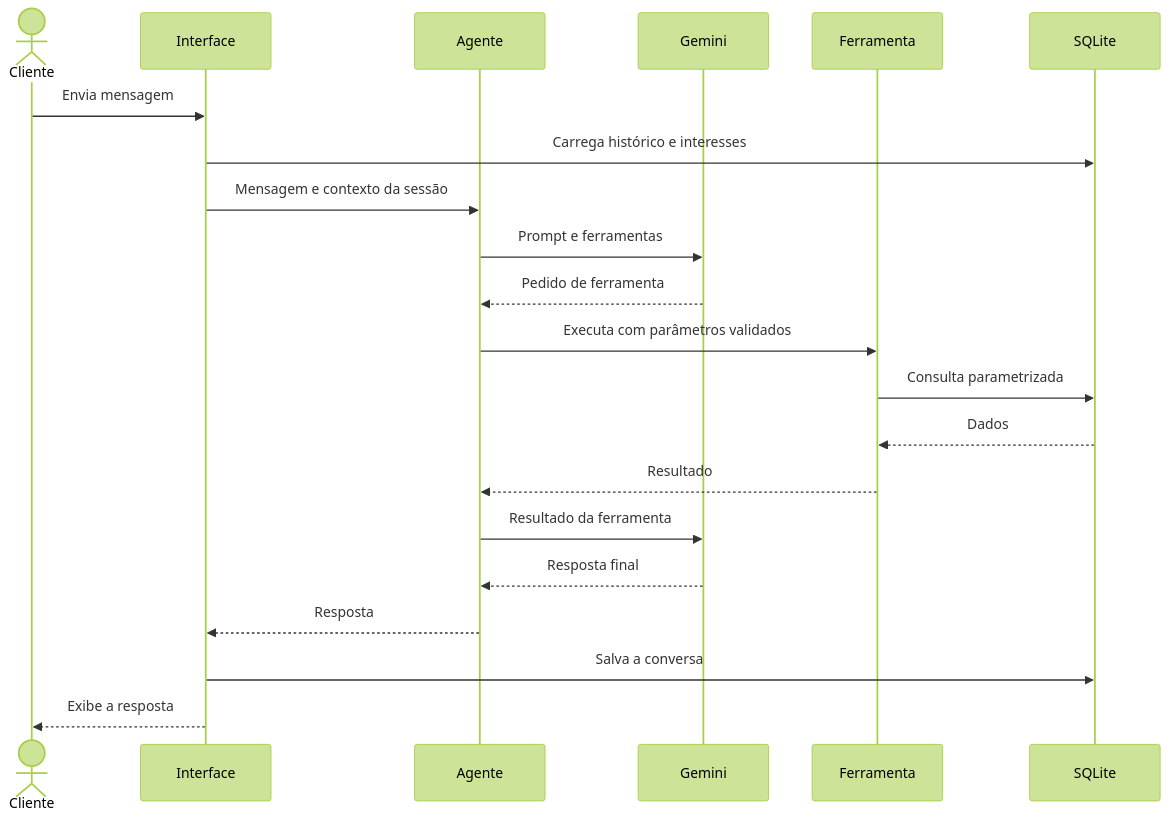
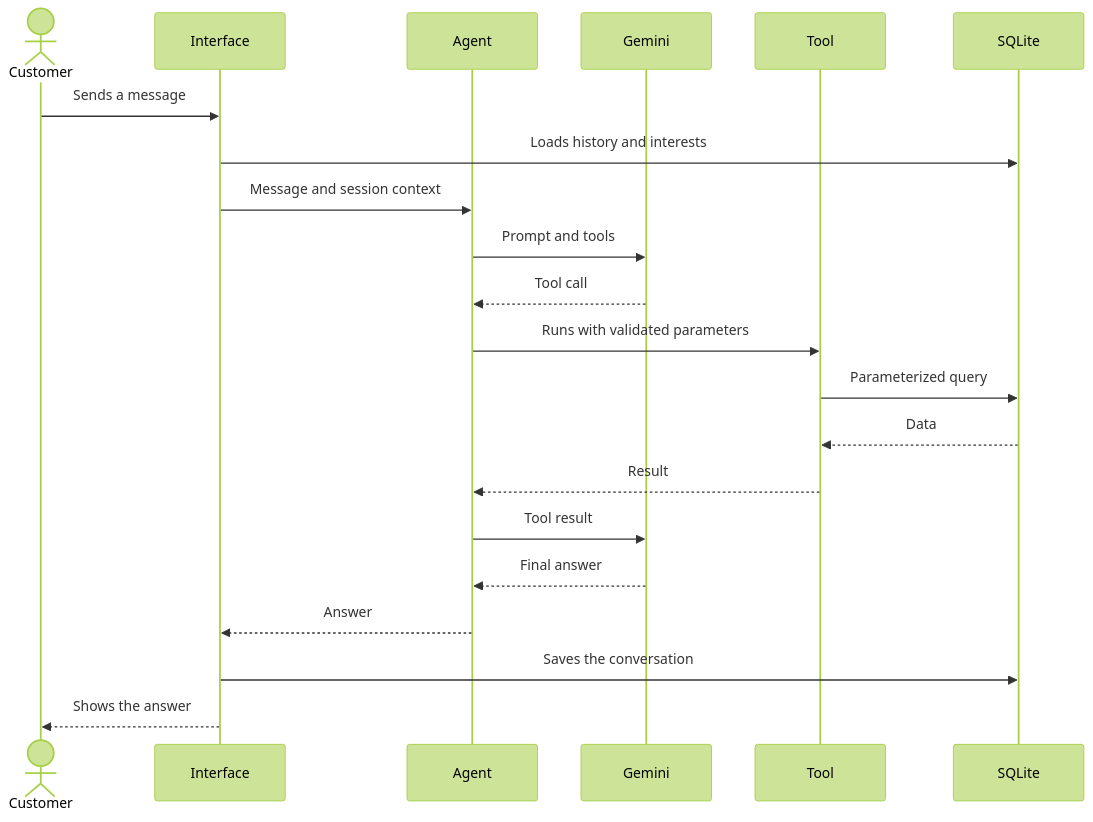
Before and after one commit to luanfreitas8779/emporio-agente-atendimento: the second of 2 diagrams in docs/02-architecture.md, drawn with Mermaid (forest theme). The commit also changed other lines of this file, not shown here.

Commit message:
docs: translate architecture and ADRs to English

````diff
--- a/docs/02-architecture.md
+++ b/docs/02-architecture.md
@@ -31,24 +31,24 @@
 ```mermaid
 sequenceDiagram
-    actor Cliente
+    actor Customer
     participant UI as Interface
-    participant Agente
+    participant Agent
     participant Gemini
-    participant Ferramenta
+    participant Tool
     participant SQLite
 
-    Cliente->>UI: Envia mensagem
-    UI->>SQLite: Carrega histórico e interesses
-    UI->>Agente: Mensagem e contexto da sessão
-    Agente->>Gemini: Prompt e ferramentas
-    Gemini-->>Agente: Pedido de ferramenta
-    Agente->>Ferramenta: Executa com parâmetros validados
-    Ferramenta->>SQLite: Consulta parametrizada
-    SQLite-->>Ferramenta: Dados
-    Ferramenta-->>Agente: Resultado
-    Agente->>Gemini: Resultado da ferramenta
-    Gemini-->>Agente: Resposta final
-    Agente-->>UI: Resposta
-    UI->>SQLite: Salva a conversa
-    UI-->>Cliente: Exibe a resposta
+    Customer->>UI: Sends a message
+    UI->>SQLite: Loads history and interests
+    UI->>Agent: Message and session context
+    Agent->>Gemini: Prompt and tools
+    Gemini-->>Agent: Tool call
+    Agent->>Tool: Runs with validated parameters
+    Tool->>SQLite: Parameterized query
+    SQLite-->>Tool: Data
+    Tool-->>Agent: Result
+    Agent->>Gemini: Tool result
+    Gemini-->>Agent: Final answer
+    Agent-->>UI: Answer
+    UI->>SQLite: Saves the conversation
+    UI-->>Customer: Shows the answer
 ```
````
